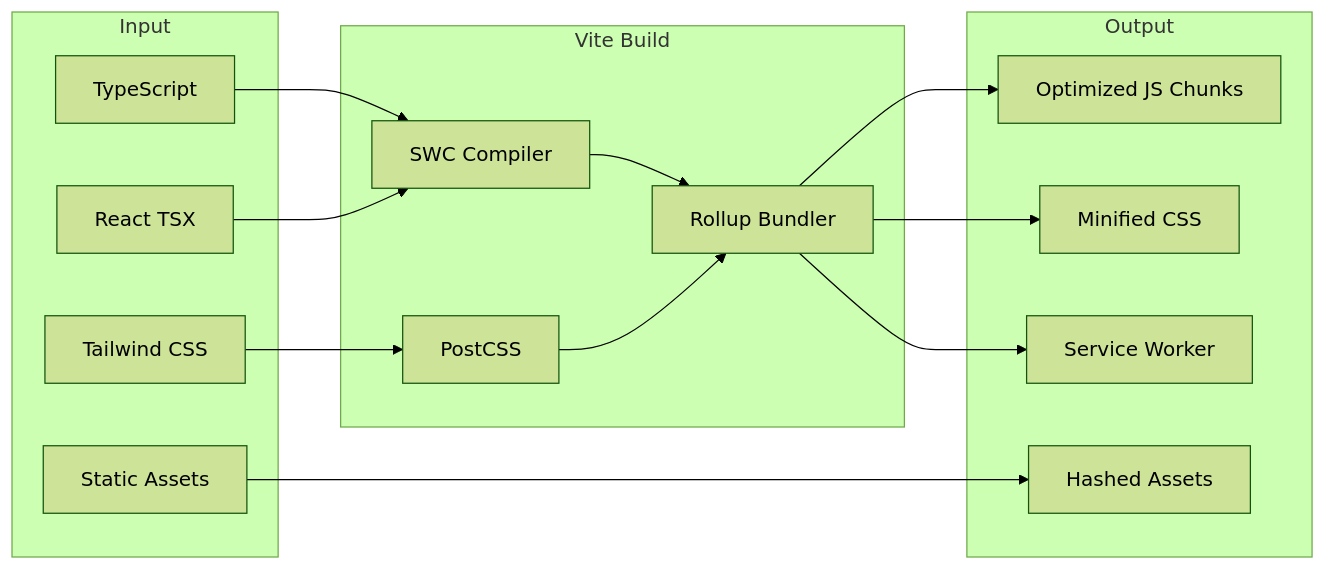
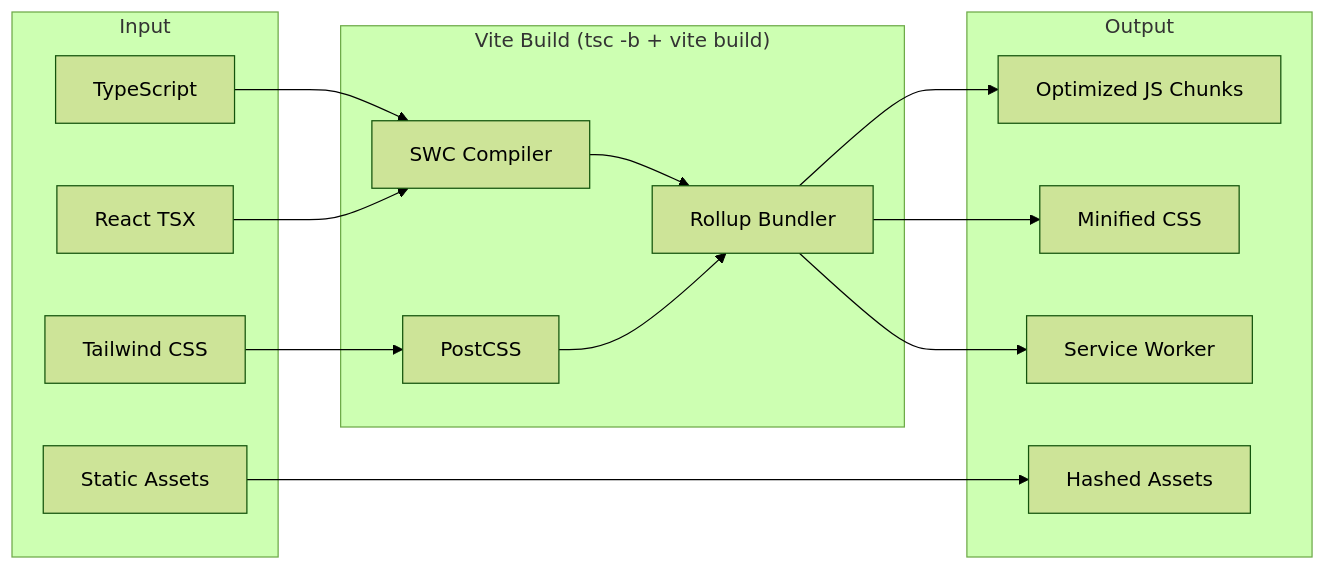
The sixth of 6 diagrams in docs/1.1-architecture.md (ryokun6/ryos), drawn with Mermaid (forest theme) before and after one commit. The commit also changed other lines of this file and 31 other files, not shown here.

````diff
--- a/docs/1.1-architecture.md
+++ b/docs/1.1-architecture.md
@@ -347,32 +340,32 @@
 ```mermaid
 flowchart LR
     subgraph Input
         TS[TypeScript]
         TSX[React TSX]
         CSS[Tailwind CSS]
         Assets[Static Assets]
     end
     
-    subgraph Vite["Vite Build"]
+    subgraph Vite["Vite Build (tsc -b + vite build)"]
         SWC[SWC Compiler]
         Rollup[Rollup Bundler]
         PostCSS[PostCSS]
     end
     
     subgraph Output
         JS[Optimized JS Chunks]
         StyleSheet[Minified CSS]
         Static[Hashed Assets]
         SW[Service Worker]
     end
     
     TS --> SWC
     TSX --> SWC
     CSS --> PostCSS
     SWC --> Rollup
     PostCSS --> Rollup
     Assets --> Static
     Rollup --> JS
     Rollup --> StyleSheet
     Rollup --> SW
 ```
````
